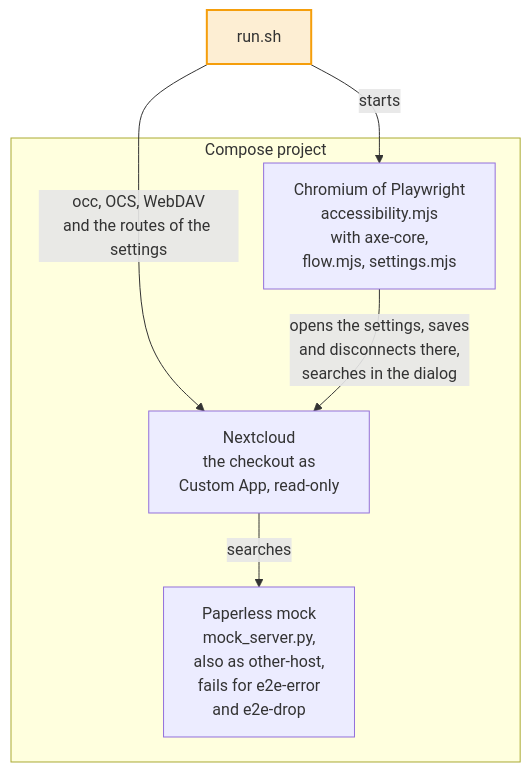
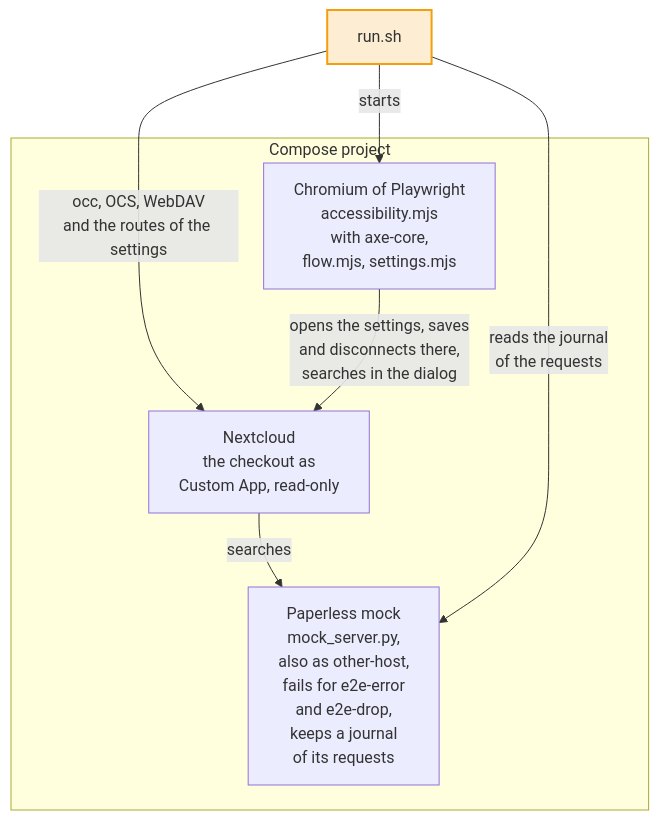
Before and after one commit to Dennis-Otto/paperless-unified-search: the diagram in docs/diagrams/the-end-to-end-tests.mmd, drawn with Mermaid. The commit also changed 8 other files, not shown here.

First line of the commit message:
test: read the requests to the Paperless mock from its own journal (#199)

```diff
--- a/docs/diagrams/the-end-to-end-tests.mmd
+++ b/docs/diagrams/the-end-to-end-tests.mmd
@@ -1,23 +1,24 @@
 ---
 config:
   flowchart:
     wrappingWidth: 400
     nodeSpacing: 30
 ---
 flowchart TB
     accTitle: The end-to-end tests
-    accDescr: run.sh starts a Compose project with Nextcloud, which has the checkout as a read-only Custom App, a mock of Paperless, mock_server.py, which also answers as other-host and fails for some terms, and the Chromium of Playwright with accessibility.mjs, axe-core, flow.mjs and settings.mjs. run.sh drives Nextcloud through occ, OCS, WebDAV and the routes of the settings and starts the browser; Nextcloud searches the mock, and the browser opens the settings of the app, saves and disconnects there, and searches in the search dialog.
+    accDescr: run.sh starts a Compose project with Nextcloud, which has the checkout as a read-only Custom App, a mock of Paperless, mock_server.py, which also answers as other-host and fails for some terms, and the Chromium of Playwright with accessibility.mjs, axe-core, flow.mjs and settings.mjs. run.sh drives Nextcloud through occ, OCS, WebDAV and the routes of the settings and starts the browser; Nextcloud searches the mock, which writes each request into its journal before it answers, and run.sh reads the journal to check what reached Paperless; the browser opens the settings of the app, saves and disconnects there, and searches in the search dialog.
 
     run["run.sh"]
     subgraph compose["Compose project"]
         nextcloud["Nextcloud<br>the checkout as<br>Custom App, read-only"]
-        mock["Paperless mock<br>mock_server.py,<br>also as other-host,<br>fails for e2e-error<br>and e2e-drop"]
+        mock["Paperless mock<br>mock_server.py,<br>also as other-host,<br>fails for e2e-error<br>and e2e-drop,<br>keeps a journal<br>of its requests"]
         browser["Chromium of Playwright<br>accessibility.mjs<br>with axe-core,<br>flow.mjs, settings.mjs"]
     end
     run -- "occ, OCS, WebDAV<br>and the routes of the settings" --> nextcloud
     run -- "starts" --> browser
     nextcloud -- "searches" --> mock
+    run -- "reads the journal<br>of the requests" --> mock
     browser -- "opens the settings, saves<br>and disconnects there,<br>searches in the dialog" --> nextcloud
 
     classDef person fill:#f59e0b2e,stroke:#f59e0b,stroke-width:2px
     class run person
```
